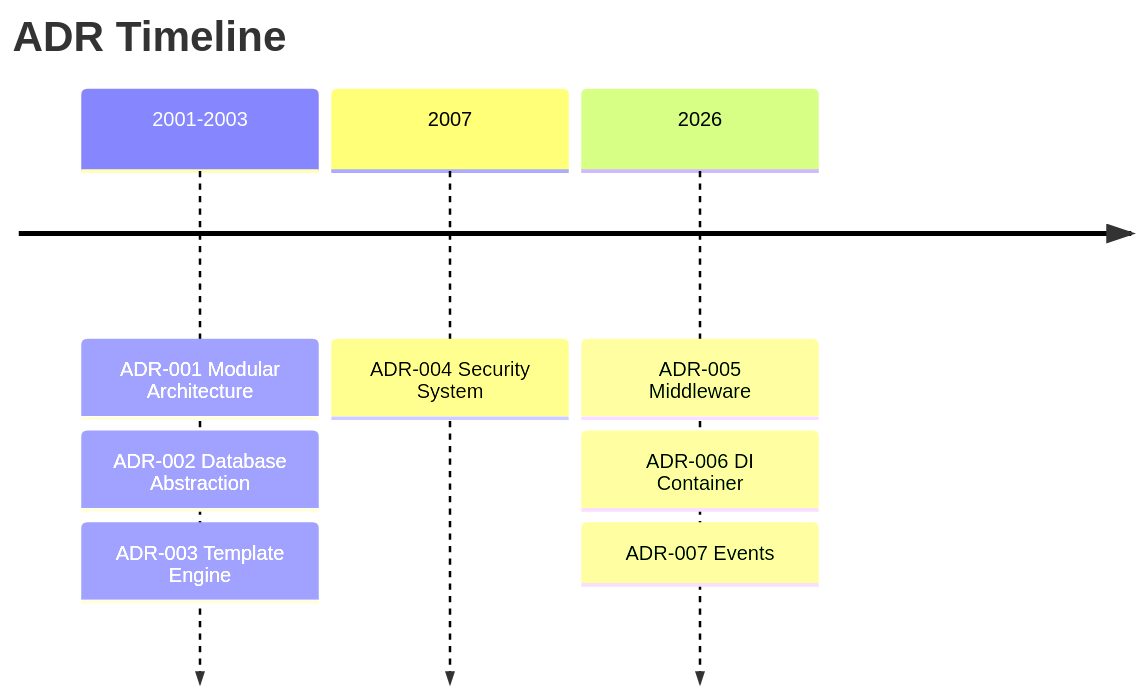
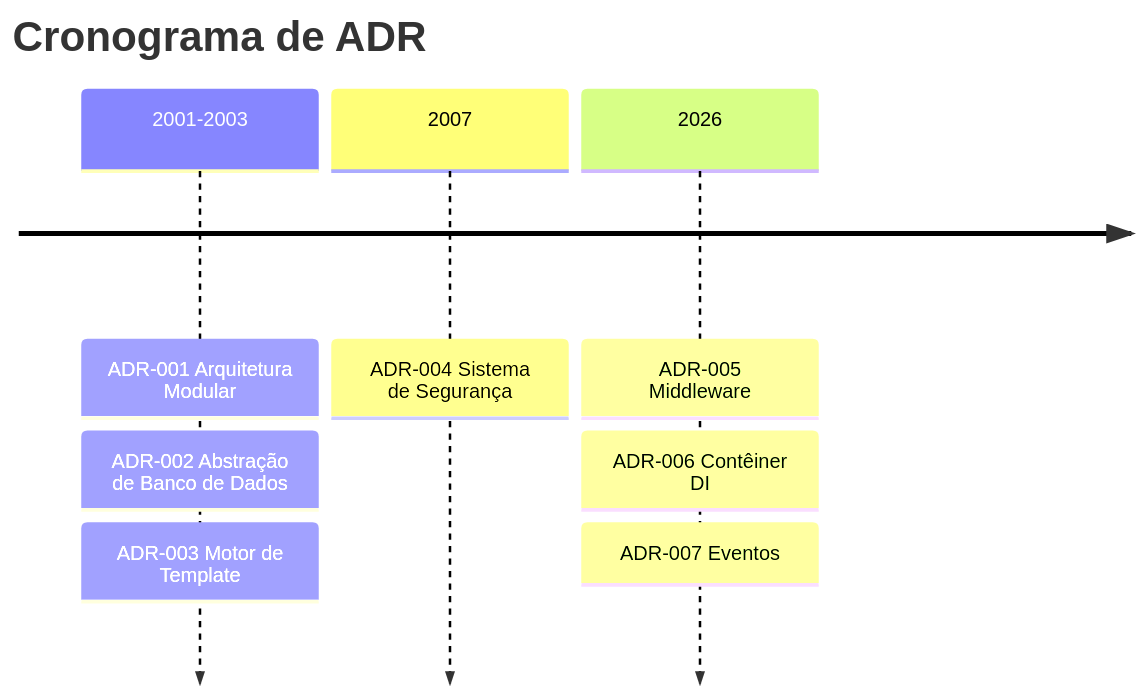
One commit to mambax7/xoops-docs changed the second of 2 diagrams in apps/docs-27/src/content/docs/pt/contributing/adrs/index.md. Above: the diagram before and after it, drawn with Mermaid. The commit also changed other lines of this file and 162 other files, not shown here.

````diff
--- a/apps/docs-27/src/content/docs/pt/contributing/adrs/index.md
+++ b/apps/docs-27/src/content/docs/pt/contributing/adrs/index.md
@@ -91,11 +91,11 @@
 ```mermaid
 timeline
-    title ADR Timeline
-    2001-2003 : ADR-001 Modular Architecture
-              : ADR-002 Database Abstraction
-              : ADR-003 Template Engine
-    2007 : ADR-004 Security System
+    title Cronograma de ADR
+    2001-2003 : ADR-001 Arquitetura Modular
+              : ADR-002 Abstração de Banco de Dados
+              : ADR-003 Motor de Template
+    2007 : ADR-004 Sistema de Segurança
     2026 : ADR-005 Middleware
-         : ADR-006 DI Container
-         : ADR-007 Events
+         : ADR-006 Contêiner DI
+         : ADR-007 Eventos
 ```
````
